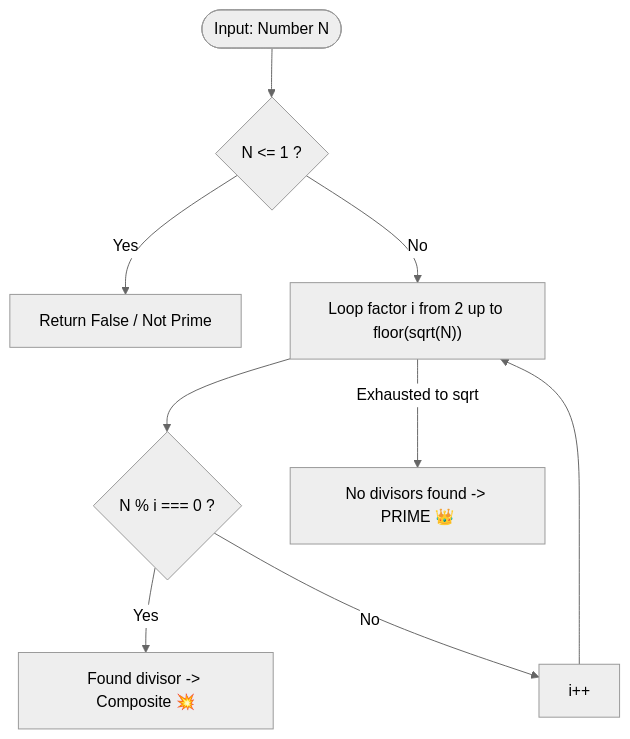
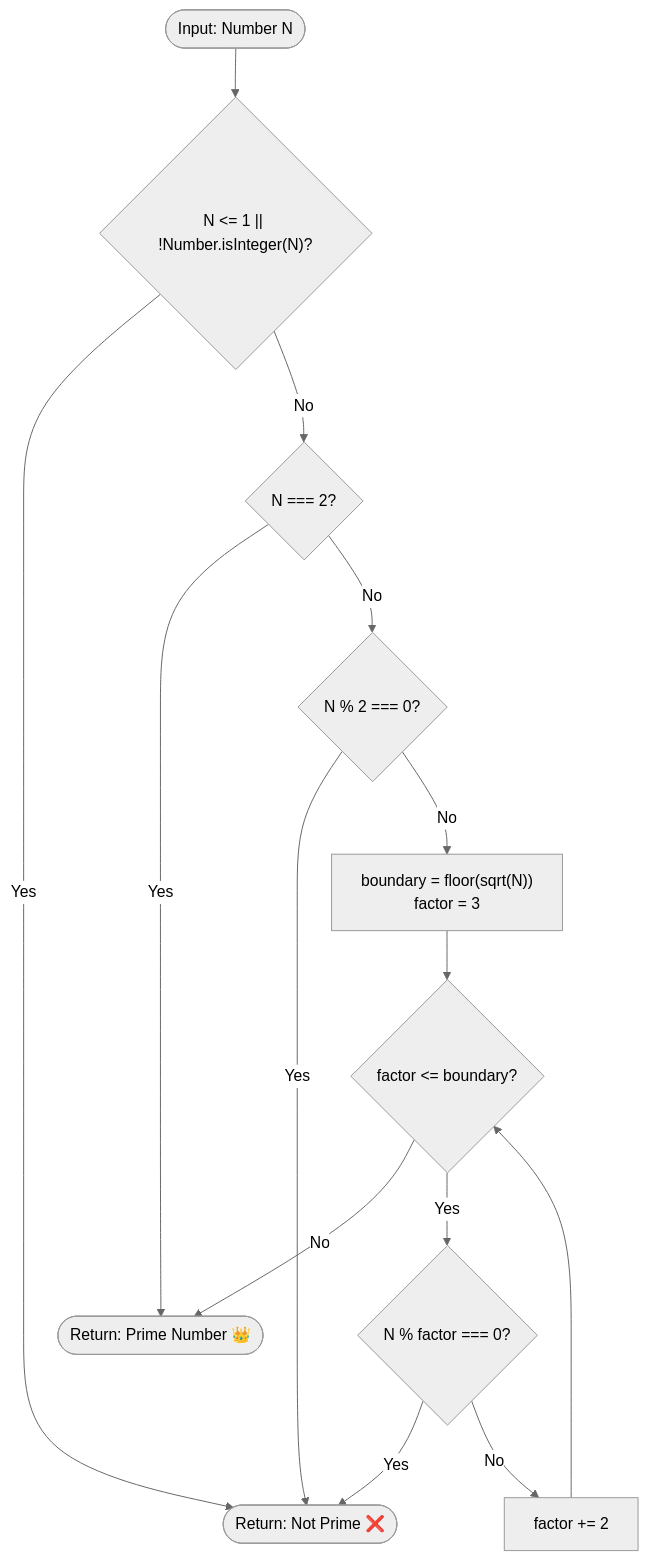
Before and after one commit to JyotiPrakashMallick/interview_prep: the ninth of 16 diagrams in README.md, drawn with Mermaid (neutral theme). The commit also changed other lines of this file and 2 other files, not shown here.

````diff
--- a/README.md
+++ b/README.md
@@ -207,11 +333,15 @@
 ```mermaid
 flowchart TD
-    Start([Input: Number N]) --> Guard{"N <= 1 ?"}
-    Guard -->|Yes| NotPrime["Return False / Not Prime"]
-    Guard -->|No| Loop["Loop factor i from 2 up to floor(sqrt(N))"]
-    Loop --> CheckDiv{"N % i === 0 ?"}
-    CheckDiv -->|Yes| Composite["Found divisor -> Composite 💥"]
-    CheckDiv -->|No| NextI["i++"]
-    NextI --> Loop
-    Loop -->|Exhausted to sqrt| Prime["No divisors found -> PRIME 👑"]
+    Start([Input: Number N]) --> Guard{"N <= 1 || !Number.isInteger(N)?"}
+    Guard -->|Yes| NotPrime([Return: Not Prime ❌])
+    Guard -->|No| EvenCheck{"N === 2?"}
+    EvenCheck -->|Yes| Prime([Return: Prime Number 👑])
+    EvenCheck -->|No| Div2{"N % 2 === 0?"}
+    Div2 -->|Yes| NotPrime
+    Div2 -->|No| Boundary["boundary = floor(sqrt(N))<br/>factor = 3"]
+    Boundary --> CheckBound{"factor <= boundary?"}
+    CheckBound -->|No| Prime
+    CheckBound -->|Yes| ModuloCheck{"N % factor === 0?"}
+    ModuloCheck -->|Yes| NotPrime
+    ModuloCheck -->|No| StepFactor["factor += 2"] --> CheckBound
 ```
````
